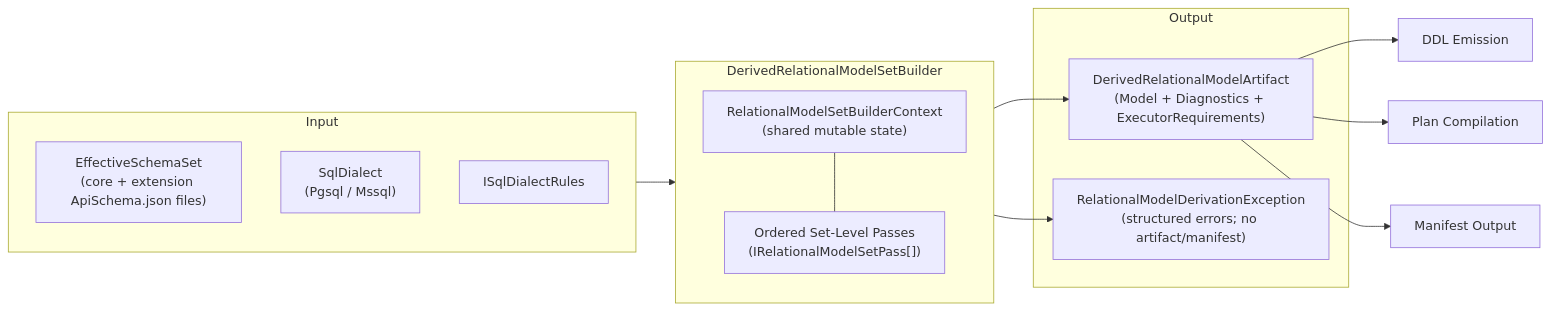
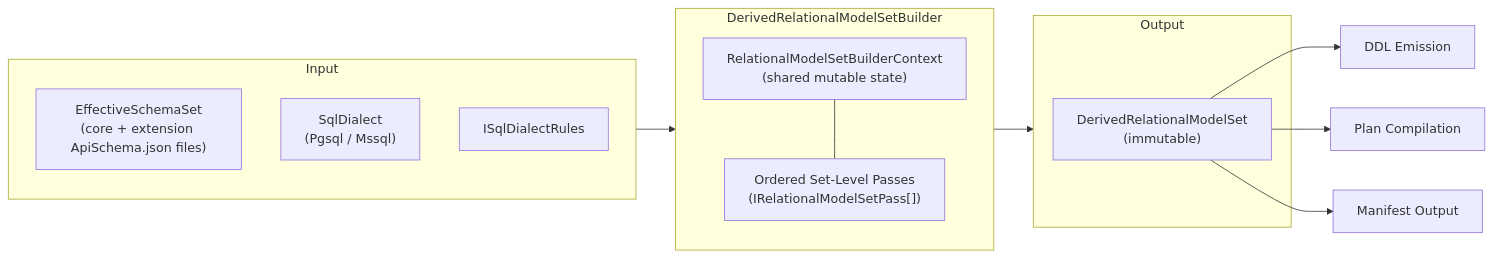
One commit to Ed-Fi-Alliance-OSS/Data-Management-Service changed the first of 16 diagrams in reference/design/backend-redesign/presentations/relational-model-presentation.md. Above: the diagram before and after it, drawn with Mermaid. The commit also changed other lines of this file and 59 other files, not shown here.

````diff
--- a/reference/design/backend-redesign/presentations/relational-model-presentation.md
+++ b/reference/design/backend-redesign/presentations/relational-model-presentation.md
@@ -25,26 +21,24 @@
 ```mermaid
 flowchart LR
     subgraph Input
         ESS["EffectiveSchemaSet<br/>(core + extension ApiSchema.json files)"]
         DIALECT["SqlDialect<br/>(Pgsql / Mssql)"]
         RULES["ISqlDialectRules"]
     end
 
     subgraph Builder["DerivedRelationalModelSetBuilder"]
         CTX["RelationalModelSetBuilderContext<br/>(shared mutable state)"]
         PASSES["Ordered Set-Level Passes<br/>(IRelationalModelSetPass[])"]
         CTX --- PASSES
     end
 
     subgraph Output
-        DRMS["DerivedRelationalModelArtifact<br/>(Model + Diagnostics + ExecutorRequirements)"]
-        FAIL["RelationalModelDerivationException<br/>(structured errors; no artifact/manifest)"]
+        DRMS["DerivedRelationalModelSet<br/>(immutable)"]
     end
 
-    Input --> Builder --> DRMS
-    Builder --> FAIL
+    Input --> Builder --> Output
 
     DRMS --> DDL["DDL Emission"]
     DRMS --> PLANS["Plan Compilation"]
     DRMS --> MANIFEST["Manifest Output"]
 ```
````
